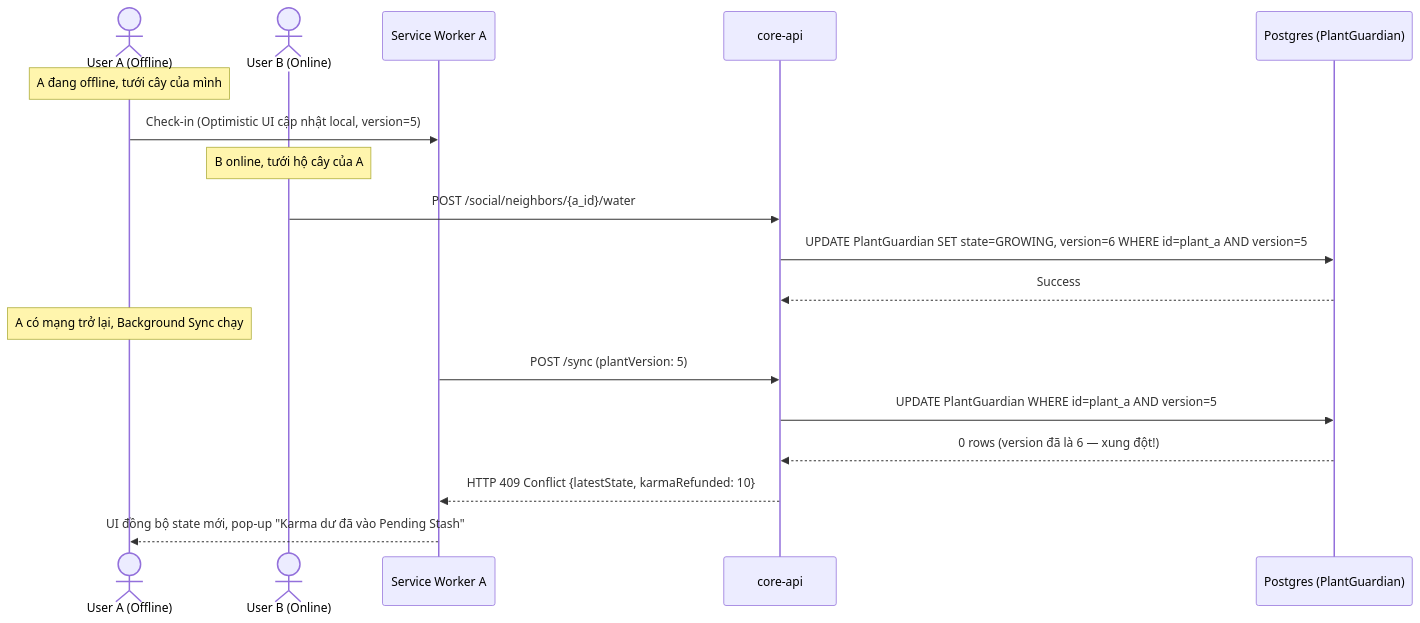
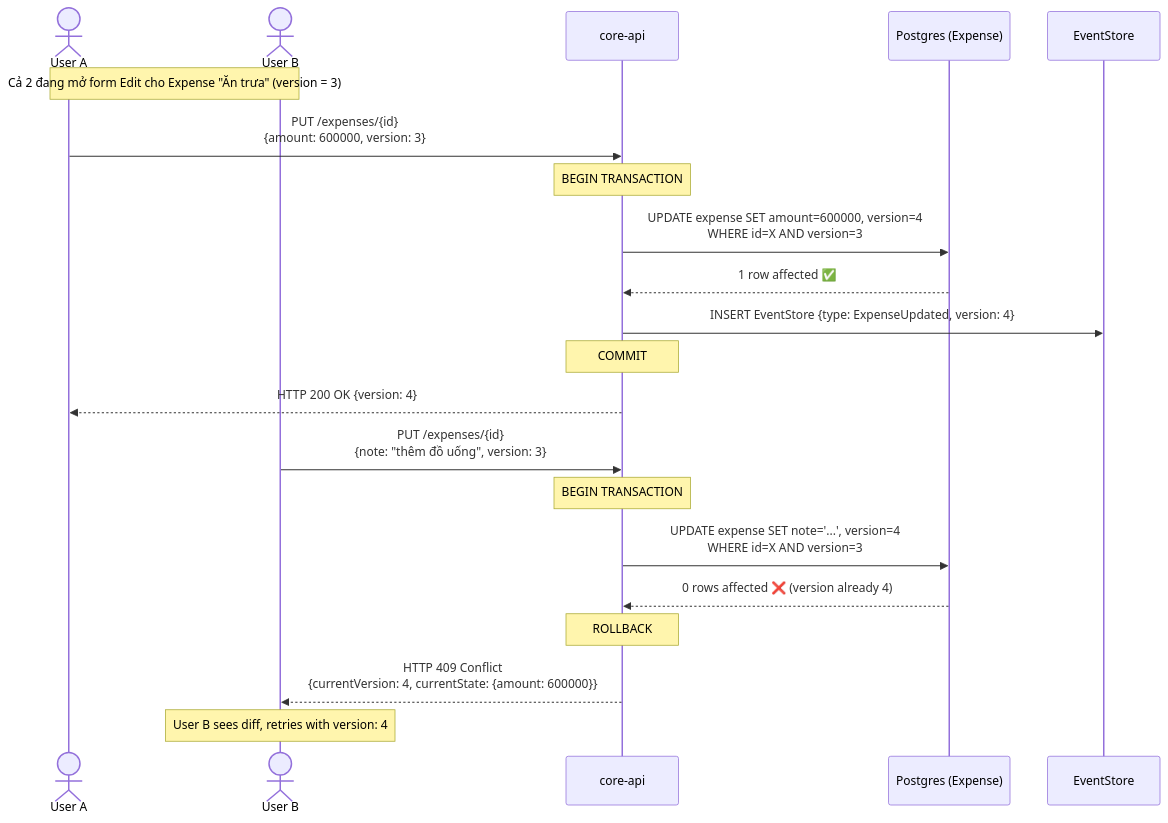
The fourth of 7 diagrams in docs/03_system_architecture_diagrams.md (minhle106cse/distributed-social-platform), drawn with Mermaid before and after one commit. The commit also changed other lines of this file and 35 other files, not shown here.

````diff
--- a/docs/03_system_architecture_diagrams.md
+++ b/docs/03_system_architecture_diagrams.md
@@ -184,24 +251,27 @@
 ```mermaid
 sequenceDiagram
-    actor UserA as User A (Offline)
-    actor UserB as User B (Online)
-    participant SW as Service Worker A
+    actor UserA as User A
+    actor UserB as User B
     participant API as core-api
-    participant DB as Postgres (PlantGuardian)
+    participant DB as Postgres (Expense)
+    participant ES as EventStore
 
-    Note over UserA: A đang offline, tưới cây của mình
-    UserA->>SW: Check-in (Optimistic UI cập nhật local, version=5)
+    Note over UserA,UserB: Cả 2 đang mở form Edit cho Expense "Ăn trưa" (version = 3)
 
-    Note over UserB: B online, tưới hộ cây của A
-    UserB->>API: POST /social/neighbors/{a_id}/water
-    API->>DB: UPDATE PlantGuardian SET state=GROWING, version=6 WHERE id=plant_a AND version=5
-    DB-->>API: Success
+    UserA->>API: PUT /expenses/{id}<br/>{amount: 600000, version: 3}
+    Note over API: BEGIN TRANSACTION
+    API->>DB: UPDATE expense SET amount=600000, version=4<br/>WHERE id=X AND version=3
+    DB-->>API: 1 row affected ✅
+    API->>ES: INSERT EventStore {type: ExpenseUpdated, version: 4}
+    Note over API: COMMIT
+    API-->>UserA: HTTP 200 OK {version: 4}
 
-    Note over UserA: A có mạng trở lại, Background Sync chạy
-    SW->>API: POST /sync (plantVersion: 5)
-    API->>DB: UPDATE PlantGuardian WHERE id=plant_a AND version=5
-    DB-->>API: 0 rows (version đã là 6 — xung đột!)
+    UserB->>API: PUT /expenses/{id}<br/>{note: "thêm đồ uống", version: 3}
+    Note over API: BEGIN TRANSACTION
+    API->>DB: UPDATE expense SET note='...', version=4<br/>WHERE id=X AND version=3
+    DB-->>API: 0 rows affected ❌ (version already 4)
+    Note over API: ROLLBACK
+    API-->>UserB: HTTP 409 Conflict<br/>{currentVersion: 4, currentState: {amount: 600000}}
 
-    API-->>SW: HTTP 409 Conflict {latestState, karmaRefunded: 10}
-    SW-->>UserA: UI đồng bộ state mới, pop-up "Karma dư đã vào Pending Stash"
+    Note over UserB: User B sees diff, retries with version: 4
 ```
````
